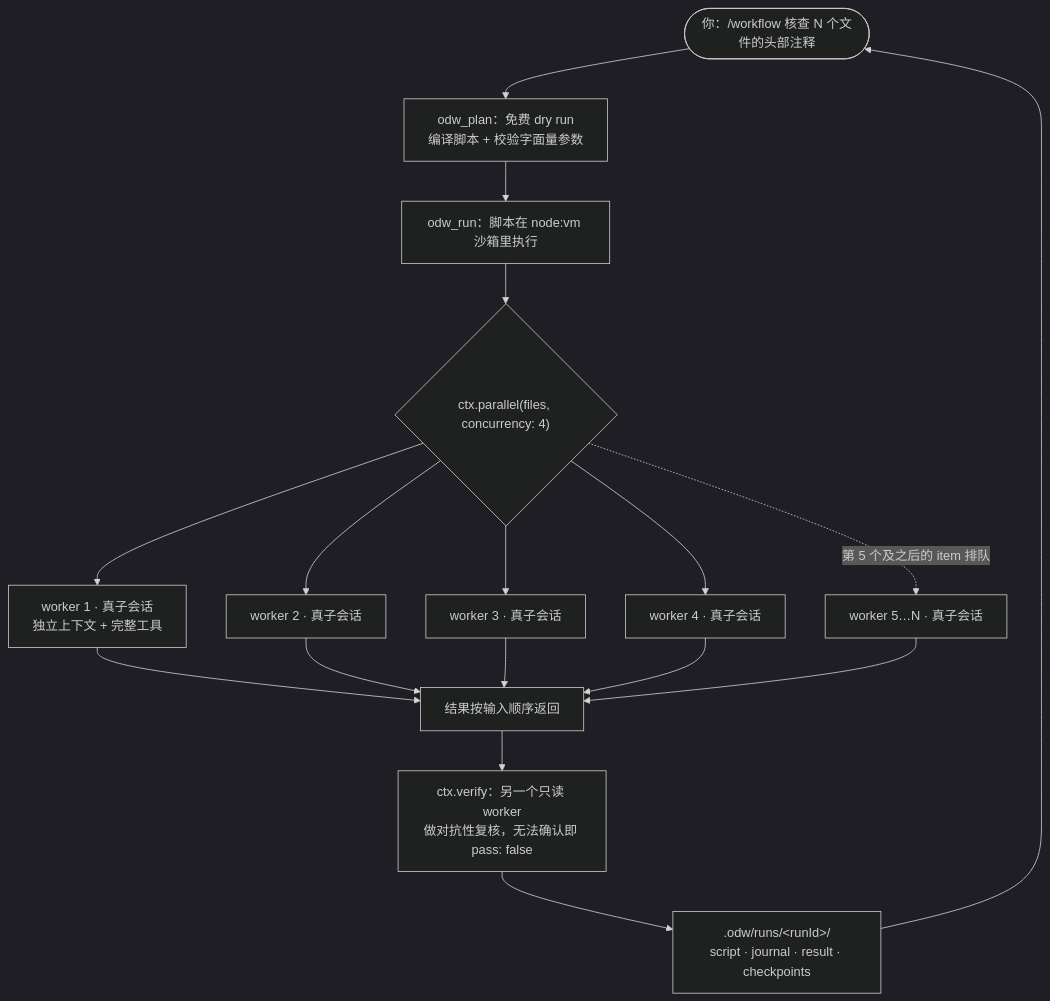
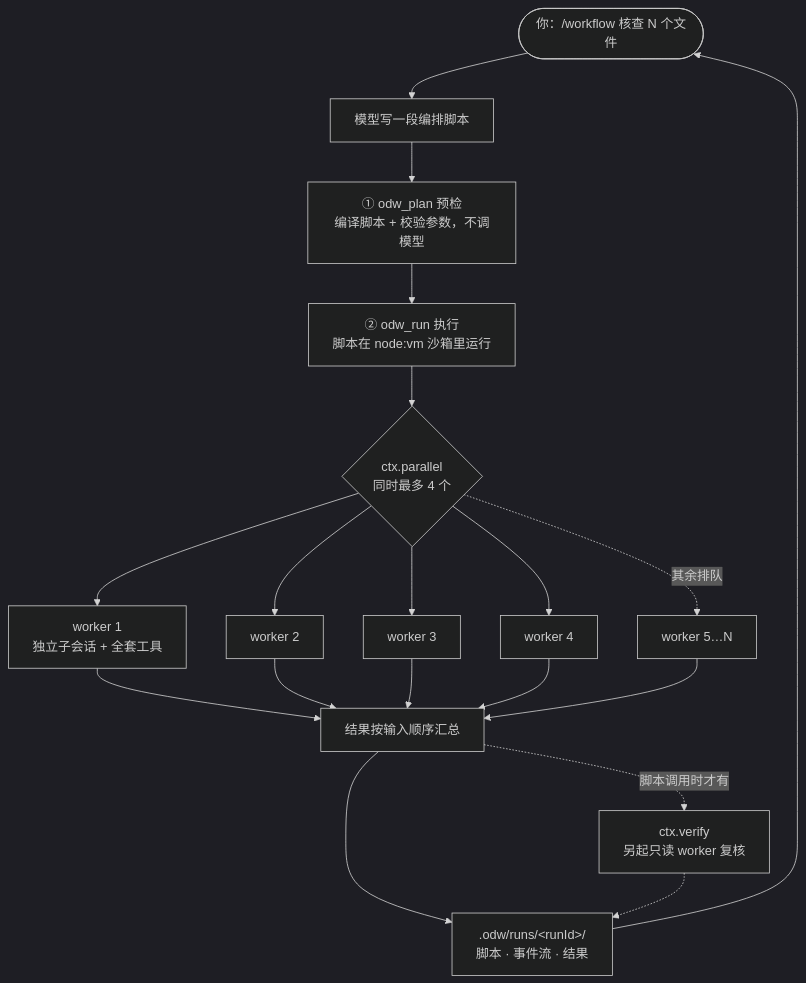
One commit to wishflow/opencode-dynamic-workflow changed the diagram in README.zh-CN.md. Above: the diagram before and after it, drawn with Mermaid (dark theme). The commit also changed other lines of this file and 1 other file, not shown here.

````diff
--- a/README.zh-CN.md
+++ b/README.zh-CN.md
@@ -40,19 +77,17 @@
 ```mermaid
 flowchart TB
-    you(["你：/workflow 核查 N 个文件的头部注释"]) --> plan["odw_plan：免费 dry run<br/>编译脚本 + 校验字面量参数"]
-    plan --> run["odw_run：脚本在 node:vm 沙箱里执行"]
-    run --> fan{"ctx.parallel(files, concurrency: 4)"}
-    fan --> w1["worker 1 · 真子会话<br/>独立上下文 + 完整工具"]
-    fan --> w2["worker 2 · 真子会话"]
-    fan --> w3["worker 3 · 真子会话"]
-    fan --> w4["worker 4 · 真子会话"]
-    fan -.->|"第 5 个及之后的 item 排队"| w5["worker 5…N · 真子会话"]
-    w1 --> reduce["结果按输入顺序返回"]
-    w2 --> reduce
-    w3 --> reduce
-    w4 --> reduce
-    w5 --> reduce
-    reduce --> verify["ctx.verify：另一个只读 worker<br/>做对抗性复核，无法确认即 pass: false"]
-    verify --> art[".odw/runs/&lt;runId&gt;/<br/>script · journal · result · checkpoints"]
+    you(["你：/workflow 核查 N 个文件"]) --> write["模型写一段编排脚本"]
+    write --> plan["① odw_plan 预检<br/>编译脚本 + 校验参数，不调模型"]
+    plan --> run["② odw_run 执行<br/>脚本在 node:vm 沙箱里运行"]
+    run --> fan{"ctx.parallel<br/>同时最多 4 个"}
+    fan --> w1["worker 1<br/>独立子会话 + 全套工具"]
+    fan --> w2["worker 2"]
+    fan --> w3["worker 3"]
+    fan --> w4["worker 4"]
+    fan -.->|"其余排队"| wn["worker 5…N"]
+    w1 & w2 & w3 & w4 & wn --> merge["结果按输入顺序汇总"]
+    merge -.->|"脚本调用时才有"| verify["ctx.verify<br/>另起只读 worker 复核"]
+    merge --> art[".odw/runs/&lt;runId&gt;/<br/>脚本 · 事件流 · 结果"]
+    verify -.-> art
     art --> you
 ```
````
